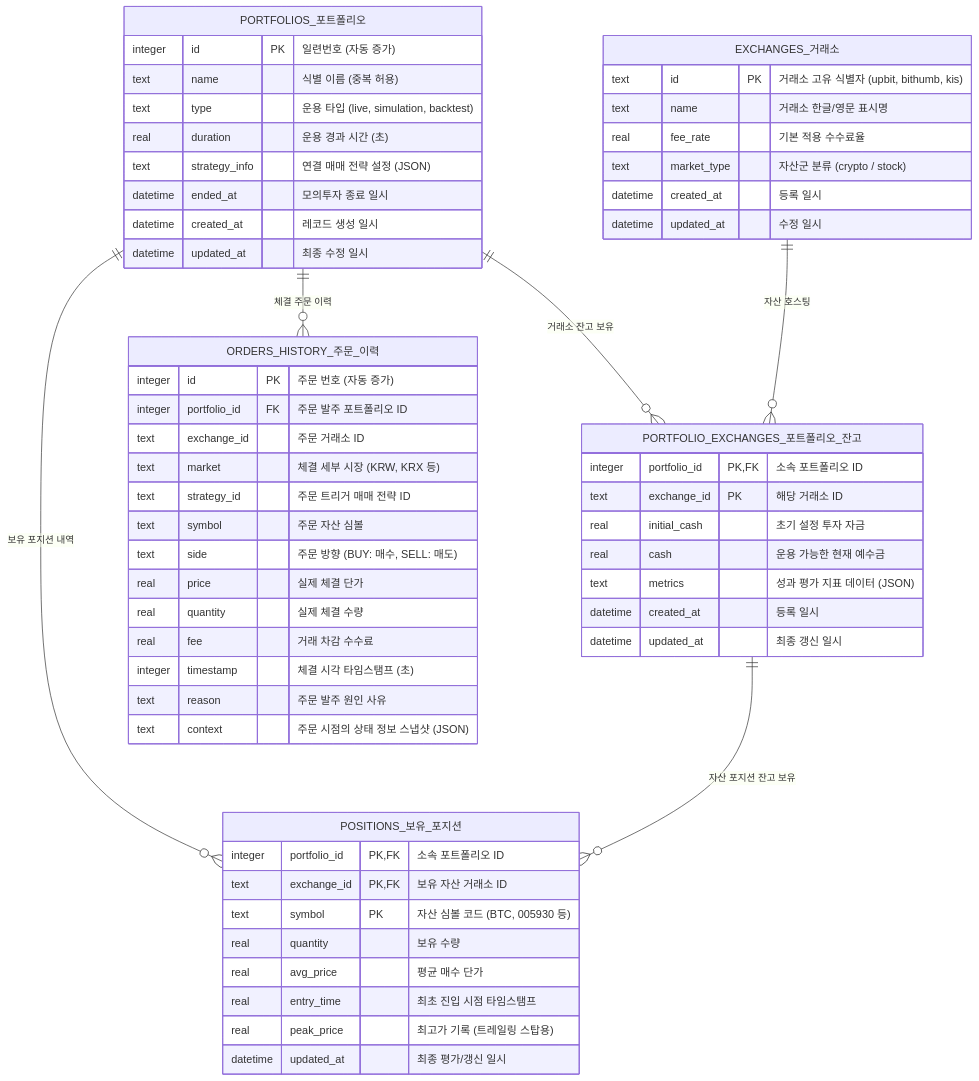
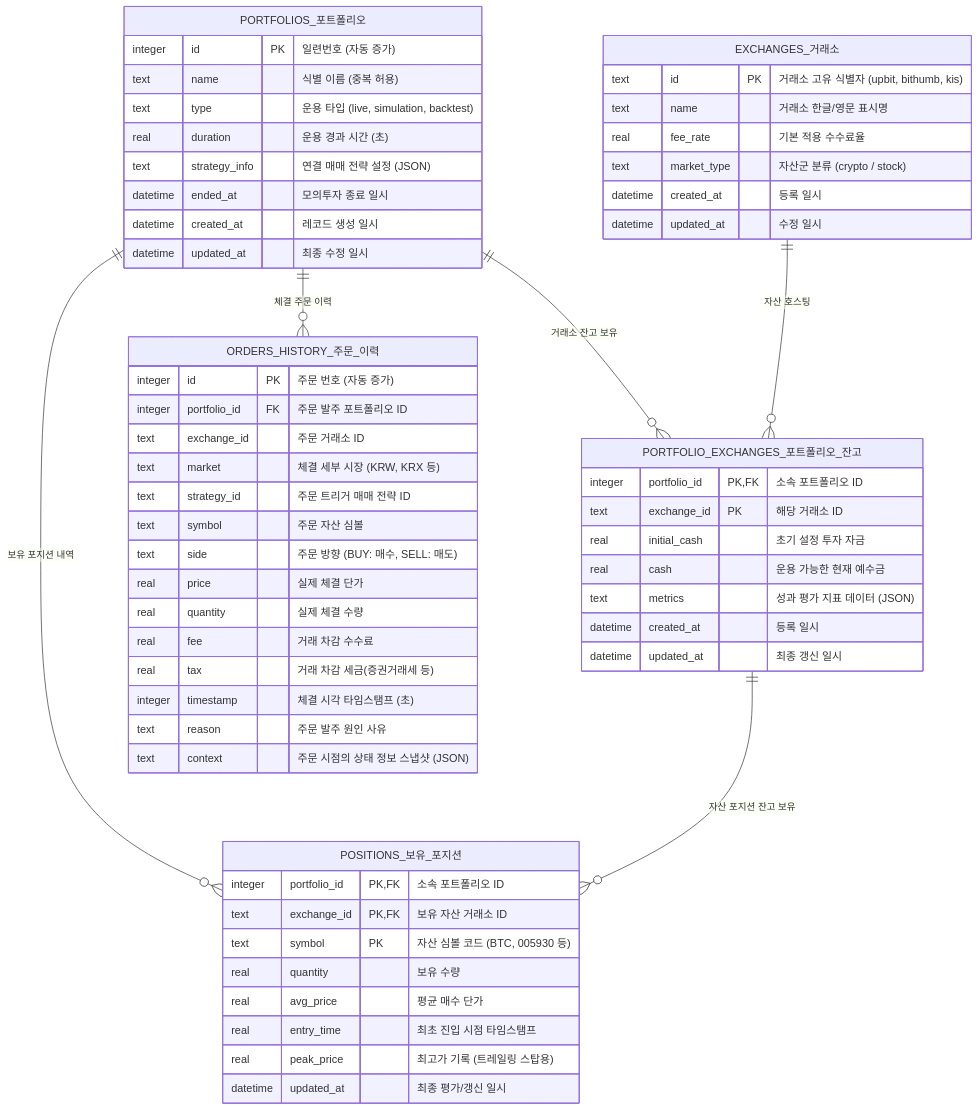
Before and after one commit to yslsoft-ui/ATS: the second of 5 diagrams in docs/database.md, drawn with Mermaid. The commit also changed other lines of this file and 11 other files, not shown here.

````diff
--- a/docs/database.md
+++ b/docs/database.md
@@ -82,65 +82,66 @@
 ```mermaid
 erDiagram
     PORTFOLIOS_포트폴리오 ||--o{ PORTFOLIO_EXCHANGES_포트폴리오_잔고 : "거래소 잔고 보유"
     PORTFOLIOS_포트폴리오 ||--o{ POSITIONS_보유_포지션 : "보유 포지션 내역"
     PORTFOLIOS_포트폴리오 ||--o{ ORDERS_HISTORY_주문_이력 : "체결 주문 이력"
     EXCHANGES_거래소 ||--o{ PORTFOLIO_EXCHANGES_포트폴리오_잔고 : "자산 호스팅"
     PORTFOLIO_EXCHANGES_포트폴리오_잔고 ||--o{ POSITIONS_보유_포지션 : "자산 포지션 잔고 보유"
 
     PORTFOLIOS_포트폴리오 {
         integer id PK "일련번호 (자동 증가)"
         text name "식별 이름 (중복 허용)"
         text type "운용 타입 (live, simulation, backtest)"
         real duration "운용 경과 시간 (초)"
         text strategy_info "연결 매매 전략 설정 (JSON)"
         datetime ended_at "모의투자 종료 일시"
         datetime created_at "레코드 생성 일시"
         datetime updated_at "최종 수정 일시"
     }
 
     EXCHANGES_거래소 {
         text id PK "거래소 고유 식별자 (upbit, bithumb, kis)"
         text name "거래소 한글/영문 표시명"
         real fee_rate "기본 적용 수수료율"
         text market_type "자산군 분류 (crypto / stock)"
         datetime created_at "등록 일시"
         datetime updated_at "수정 일시"
     }
 
     PORTFOLIO_EXCHANGES_포트폴리오_잔고 {
         integer portfolio_id PK, FK "소속 포트폴리오 ID"
         text exchange_id PK "해당 거래소 ID"
         real initial_cash "초기 설정 투자 자금"
         real cash "운용 가능한 현재 예수금"
         text metrics "성과 평가 지표 데이터 (JSON)"
         datetime created_at "등록 일시"
         datetime updated_at "최종 갱신 일시"
     }
 
     POSITIONS_보유_포지션 {
         integer portfolio_id PK, FK "소속 포트폴리오 ID"
         text exchange_id PK, FK "보유 자산 거래소 ID"
         text symbol PK "자산 심볼 코드 (BTC, 005930 등)"
         real quantity "보유 수량"
         real avg_price "평균 매수 단가"
         real entry_time "최초 진입 시점 타임스탬프"
         real peak_price "최고가 기록 (트레일링 스탑용)"
         datetime updated_at "최종 평가/갱신 일시"
     }
 
     ORDERS_HISTORY_주문_이력 {
         integer id PK "주문 번호 (자동 증가)"
         integer portfolio_id FK "주문 발주 포트폴리오 ID"
         text exchange_id "주문 거래소 ID"
         text market "체결 세부 시장 (KRW, KRX 등)"
         text strategy_id "주문 트리거 매매 전략 ID"
         text symbol "주문 자산 심볼"
         text side "주문 방향 (BUY: 매수, SELL: 매도)"
         real price "실제 체결 단가"
         real quantity "실제 체결 수량"
         real fee "거래 차감 수수료"
+        real tax "거래 차감 세금(증권거래세 등)"
         integer timestamp "체결 시각 타임스탬프 (초)"
         text reason "주문 발주 원인 사유"
         text context "주문 시점의 상태 정보 스냅샷 (JSON)"
     }
 ```
````
